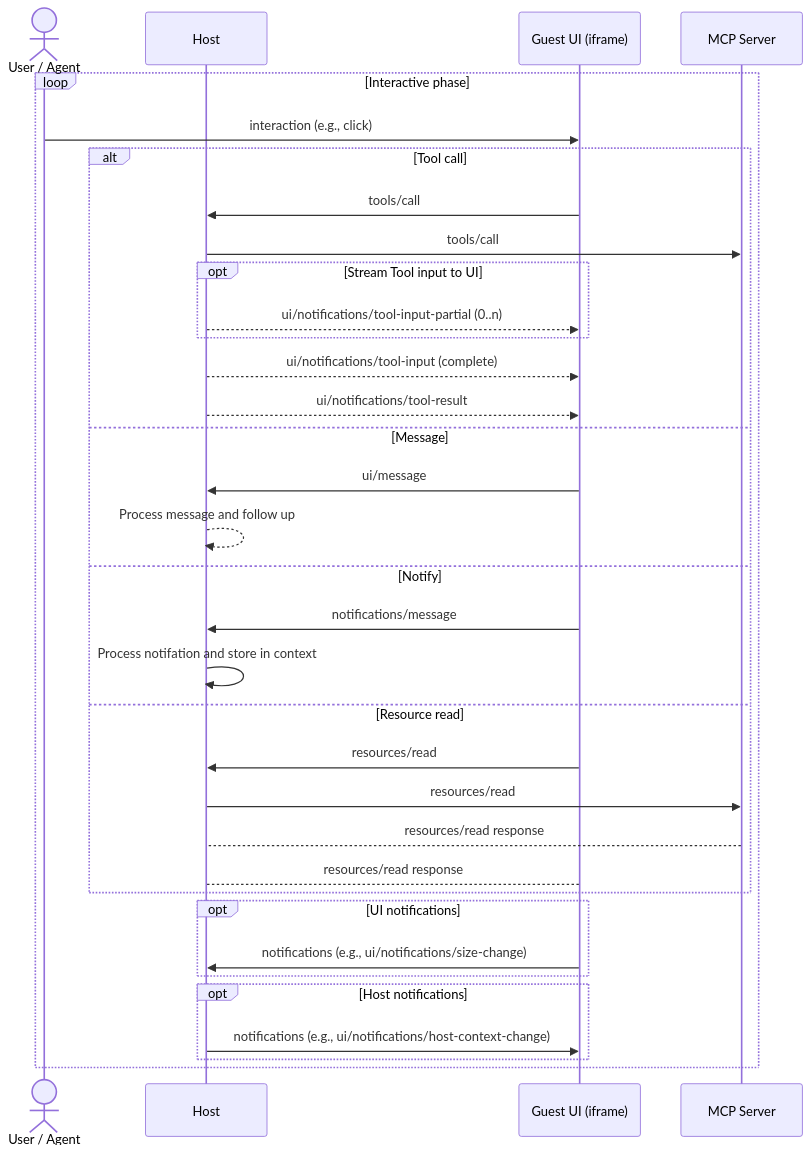
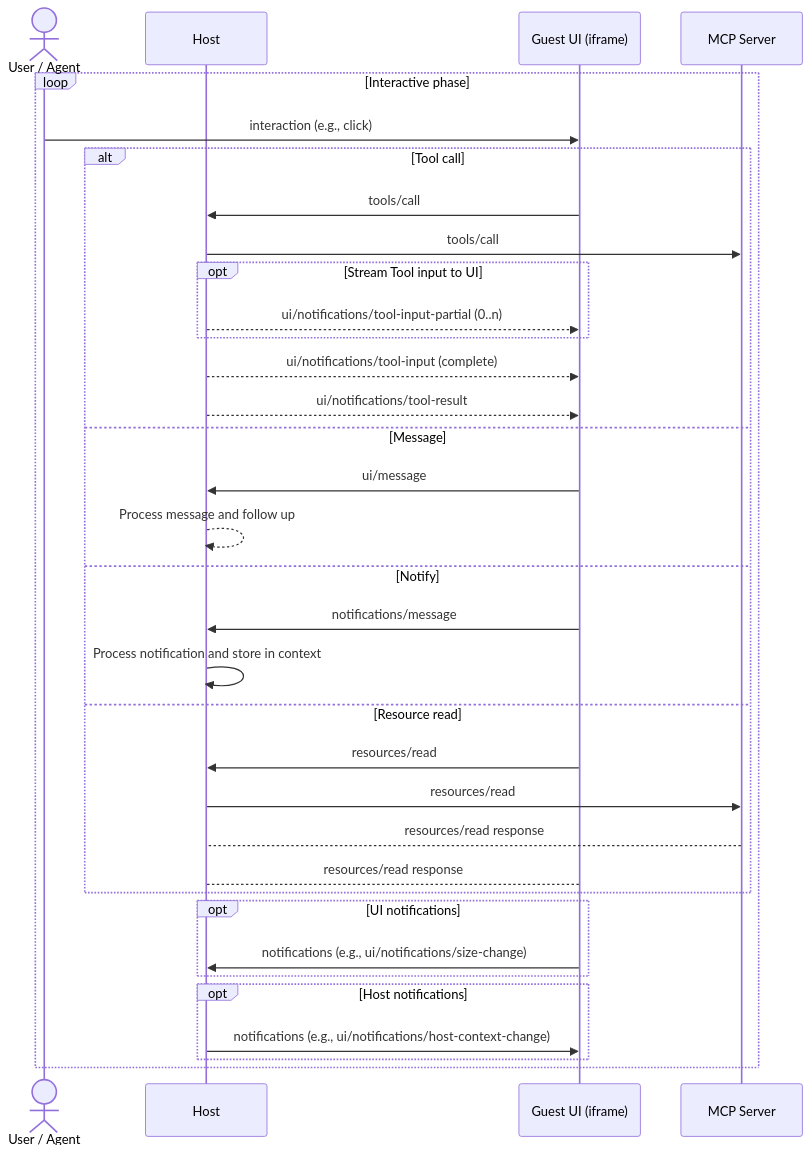
The third of 4 diagrams in specification/draft/apps.mdx (gulbaki/ext-apps), drawn with Mermaid before and after one commit.

Commit message:
Fix typo in mermaid diagram comment
Changed "notifation" to "notification" in the interactive phase sequence
diagram.

🤖 Generated with [Claude Code](https://claude.com/claude-code)

````diff
--- a/specification/draft/apps.mdx
+++ b/specification/draft/apps.mdx
@@ -688,36 +688,36 @@
 ```mermaid
 sequenceDiagram
  actor U as User / Agent
  participant H as Host
  participant UI as Guest UI (iframe)
  participant S as MCP Server
  loop Interactive phase
    U ->> UI: interaction (e.g., click)
    alt Tool call
      UI ->> H: tools/call
      H ->> S: tools/call
      opt Stream Tool input to UI
        H -->> UI: ui/notifications/tool-input-partial (0..n)
      end
      H -->> UI: ui/notifications/tool-input (complete)
      H-->>UI: ui/notifications/tool-result
  else Message
    UI ->> H: ui/message
    H -->> H: Process message and follow up
  else Notify
      UI ->> H: notifications/message
-     H ->> H: Process notifation and store in context
+     H ->> H: Process notification and store in context
  else Resource read
      UI ->> H: resources/read
      H ->> S: resources/read
      S --> H: resources/read response
      H --> UI: resources/read response
    end
    opt UI notifications
      UI ->> H: notifications (e.g., ui/notifications/size-change)
    end
    opt Host notifications
      H ->> UI: notifications (e.g., ui/notifications/host-context-change)
    end
  end
 ```
````
